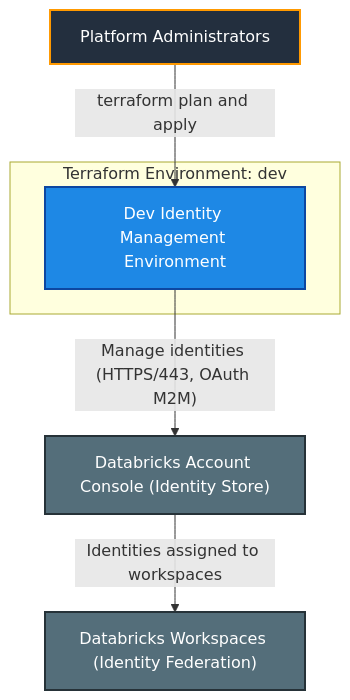
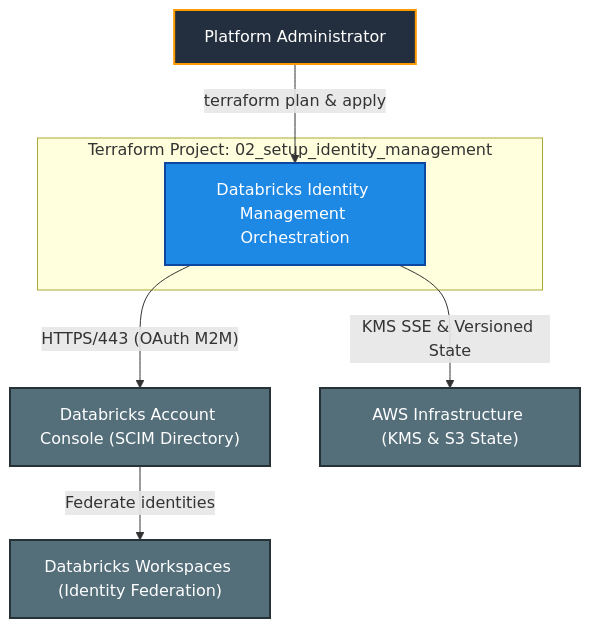
One commit to MikolajSedek/databricks_aws_deployment_02_identity_management changed the first of 3 diagrams in README.md. Above: the diagram before and after it, drawn with Mermaid. The commit also changed other lines of this file and 9 other files, not shown here.

````diff
--- a/README.md
+++ b/README.md
@@ -82,18 +103,20 @@
 ```mermaid
 flowchart TD
     classDef actor fill:#232F3E,stroke:#FF9900,stroke-width:2px,color:#FFFFFF;
     classDef system fill:#1E88E5,stroke:#0D47A1,stroke-width:2px,color:#FFFFFF;
     classDef external fill:#546E7A,stroke:#263238,stroke-width:2px,color:#FFFFFF;
 
-    Admin["Platform Administrators"]:::actor
-    Account["Databricks Account Console (Identity Store)"]:::external
+    Admin["Platform Administrator"]:::actor
+    AccountConsole["Databricks Account Console (SCIM Directory)"]:::external
     Workspaces["Databricks Workspaces (Identity Federation)"]:::external
+    AWSFoundation["AWS Infrastructure (KMS & S3 State)"]:::external
 
-    subgraph TerraformRun ["Terraform Environment: dev"]
-        ThisModule["Dev Identity Management Environment"]:::system
+    subgraph RepositoryScope ["Terraform Project: 02_setup_identity_management"]
+        IdentityMgmt["Databricks Identity Management Orchestration"]:::system
     end
 
-    Admin -->|"terraform plan and apply"| ThisModule
-    ThisModule -->|"Manage identities (HTTPS/443, OAuth M2M)"| Account
-    Account -->|"Identities assigned to workspaces"| Workspaces
+    Admin -->|"terraform plan & apply"| IdentityMgmt
+    IdentityMgmt -->|"KMS SSE & Versioned State"| AWSFoundation
+    IdentityMgmt -->|"HTTPS/443 (OAuth M2M)"| AccountConsole
+    AccountConsole -->|"Federate identities"| Workspaces
 ```
````
